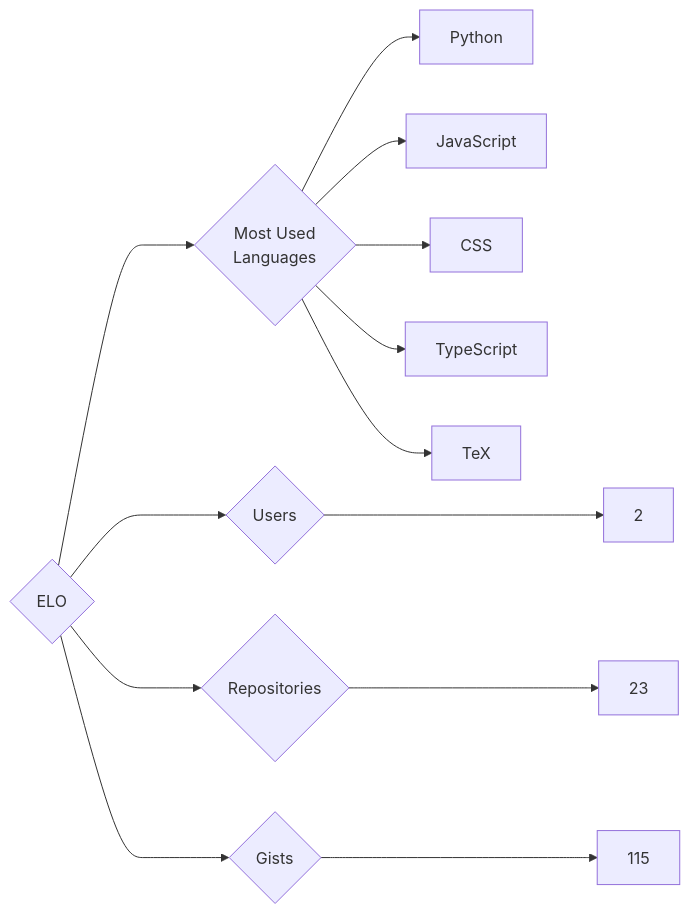
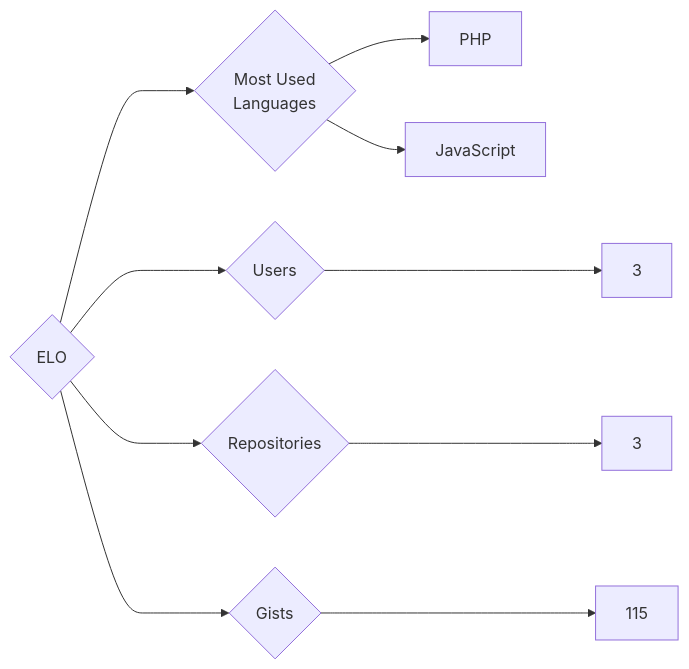
Before and after one commit to trickest/insiders: the diagram in targets/ELO/README.md, drawn with Mermaid. The commit also changed 880 other files, not shown here.

````diff
--- a/targets/ELO/README.md
+++ b/targets/ELO/README.md
@@ -3,13 +3,10 @@
 ```mermaid
 graph LR
 COMPANY_NAME{ELO}
-COMPANY_NAME ---> U{Users} ---> UN[2]
-COMPANY_NAME ---> R{Repositories} ---> RN[23]
+COMPANY_NAME ---> U{Users} ---> UN[3]
+COMPANY_NAME ---> R{Repositories} ---> RN[3]
 COMPANY_NAME ---> G{Gists} ---> GN[115]
 COMPANY_NAME ---> ML{Most Used<br>Languages}
-ML --> Python[Python]
+ML --> PHP[PHP]
 ML --> JavaScript[JavaScript]
-ML --> CSS[CSS]
-ML --> TypeScript[TypeScript]
-ML --> TeX[TeX]
 ```
````
